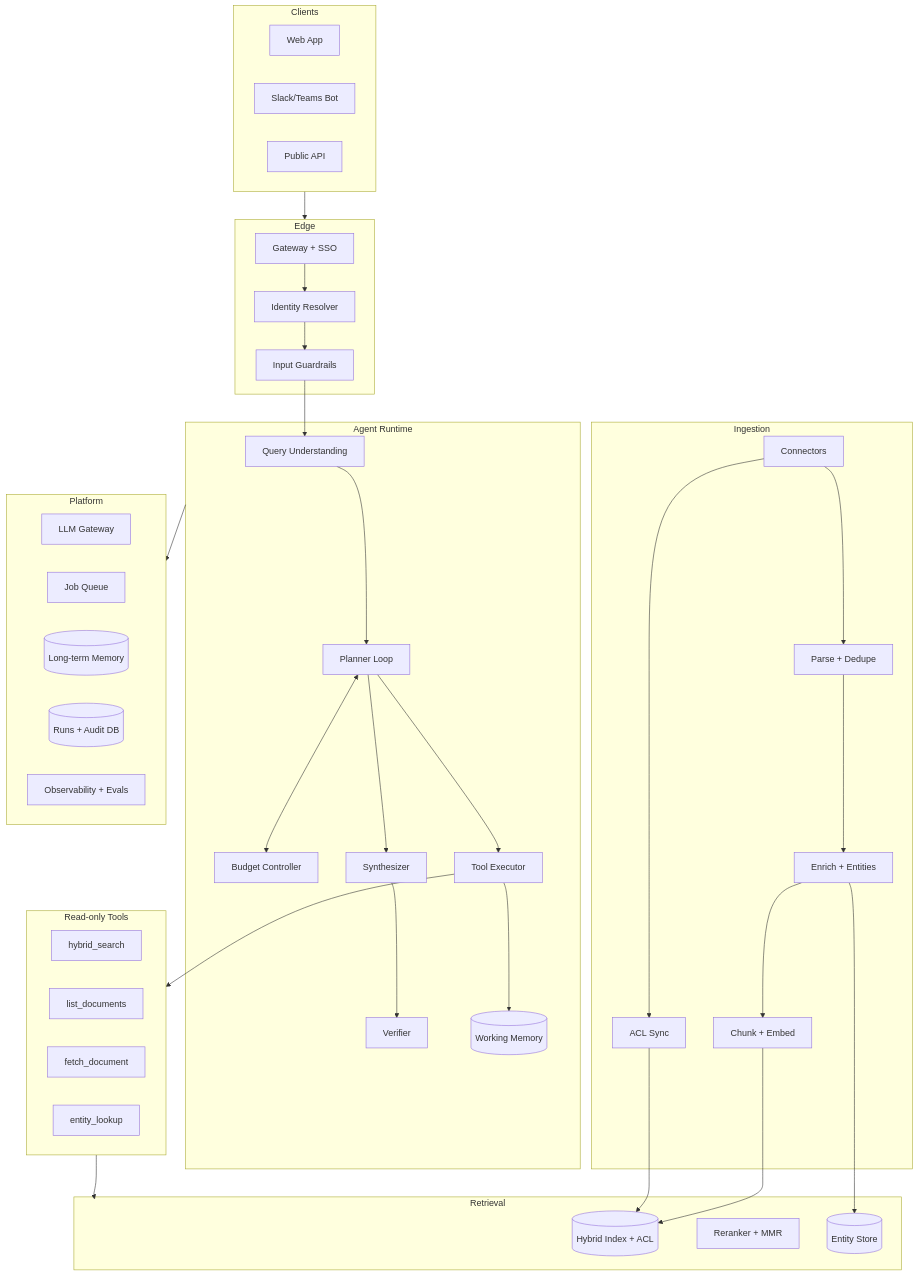
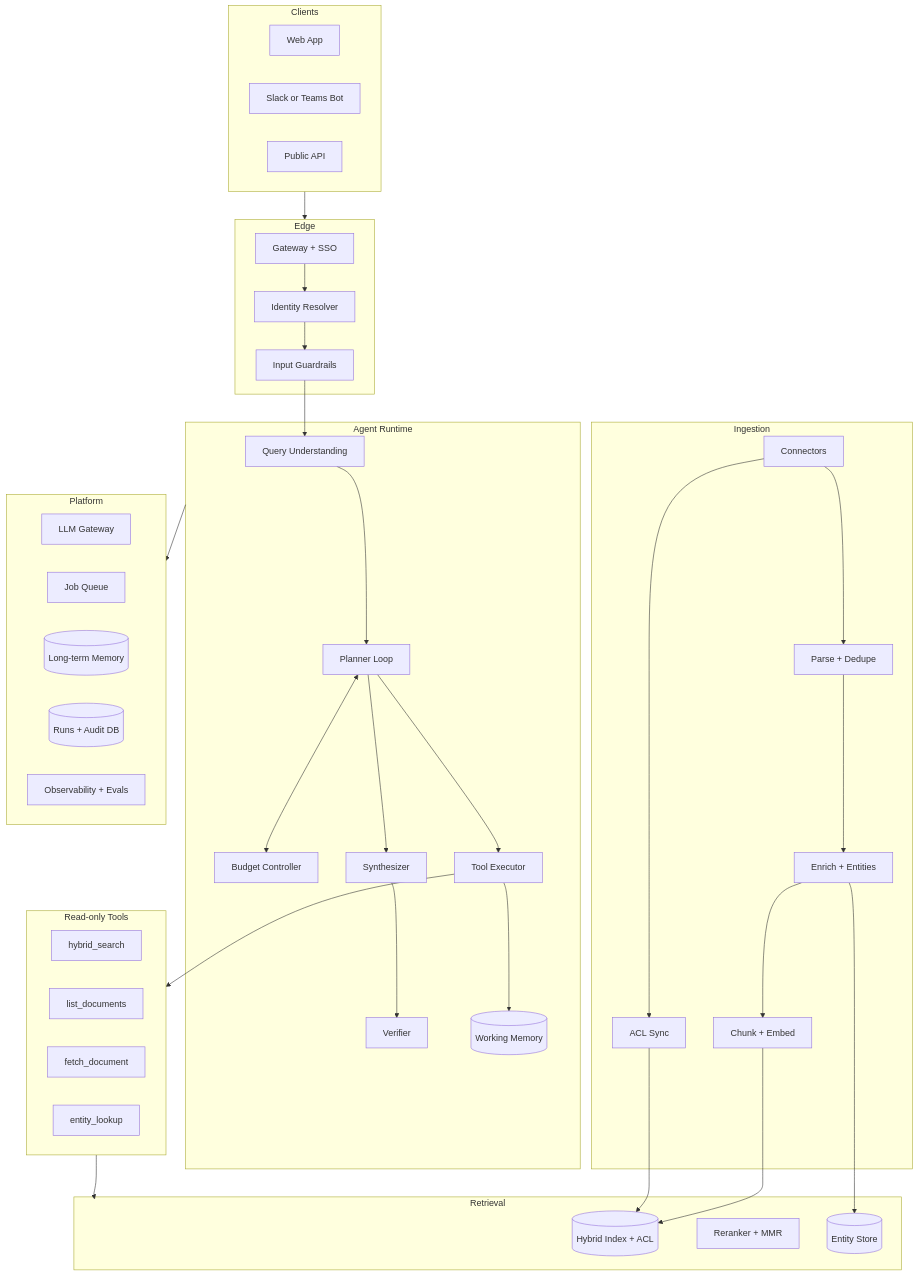
The first of 11 diagrams in docs/design.md (hemach-git/EKRA), drawn with Mermaid before and after one commit. The commit also changed other lines of this file and 21 other files, not shown here.

````diff
--- a/docs/design.md
+++ b/docs/design.md
@@ -75,58 +177,58 @@
 ```mermaid
 flowchart TB
   subgraph Clients
     UI[Web App]
-    BOT[Slack/Teams Bot]
+    BOT[Slack or Teams Bot]
     API[Public API]
   end
   subgraph Edge
     GW[Gateway + SSO]
     IDN[Identity Resolver]
     GIN[Input Guardrails]
   end
   subgraph Agent[Agent Runtime]
     QU[Query Understanding]
     PL[Planner Loop]
     BC[Budget Controller]
     EX[Tool Executor]
     SY[Synthesizer]
     VF[Verifier]
     WM[(Working Memory)]
   end
   subgraph Tools[Read-only Tools]
     T1[hybrid_search]
     T2[list_documents]
     T3[fetch_document]
     T4[entity_lookup]
   end
   subgraph Retrieval
     IDX[(Hybrid Index + ACL)]
     RR[Reranker + MMR]
     KG[(Entity Store)]
   end
   subgraph Ingestion
     CON[Connectors]
     ACL[ACL Sync]
     PAR[Parse + Dedupe]
     ENR[Enrich + Entities]
     CHK[Chunk + Embed]
   end
   subgraph Platform
     LLMGW[LLM Gateway]
     JOBQ[Job Queue]
     LTM[(Long-term Memory)]
     META[(Runs + Audit DB)]
     OBS[Observability + Evals]
   end
   Clients --> Edge
   GW --> IDN --> GIN --> QU --> PL
   PL <--> BC
   PL --> EX --> Tools
   EX --> WM
   Tools --> Retrieval
   PL --> SY --> VF
   CON --> PAR --> ENR --> CHK --> IDX
   ENR --> KG
   CON --> ACL --> IDX
   Agent --> Platform
 ```
````
